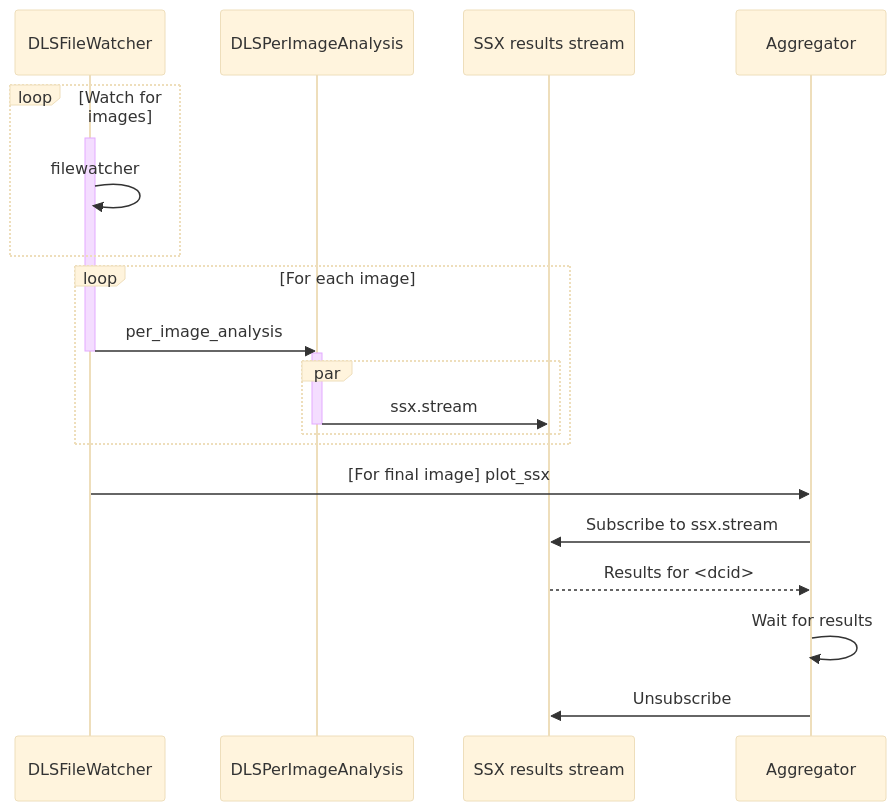
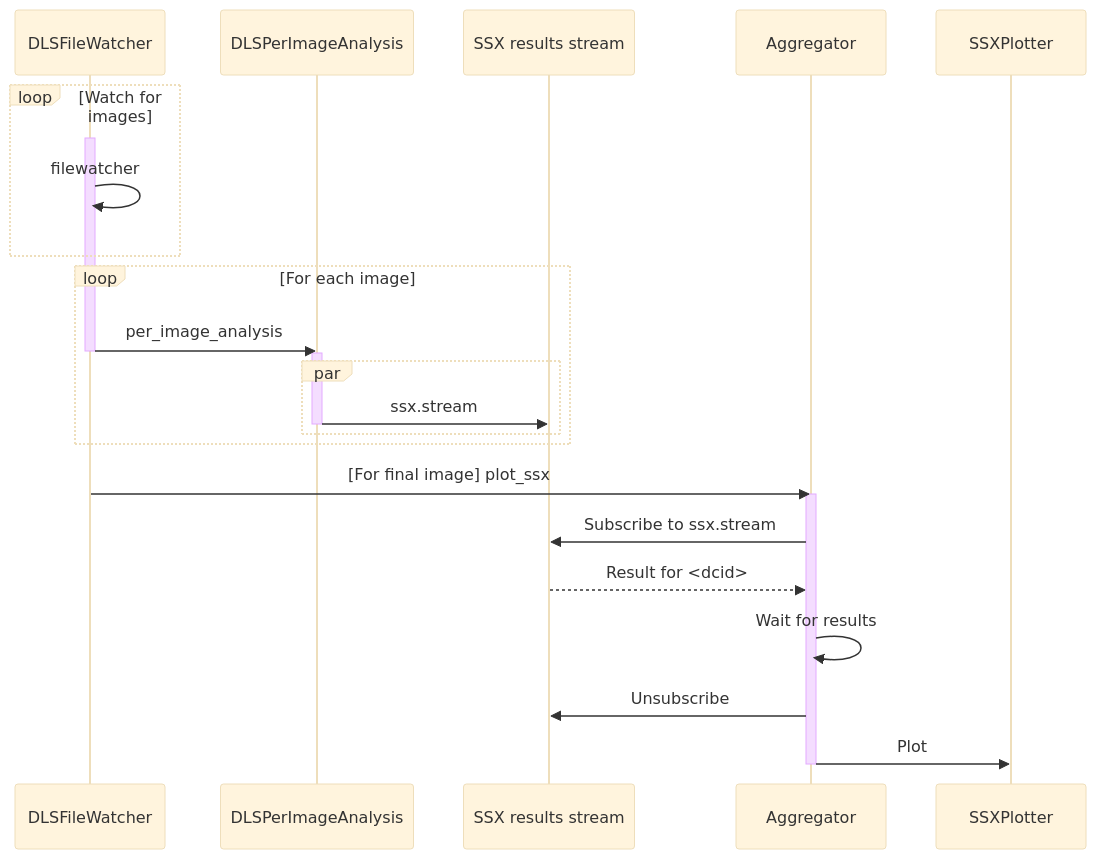
One commit to DiamondLightSource/python-dlstbx changed the diagram in doc/decisions/0001-ssx-result-aggregation.md. Above: the diagram before and after it, drawn with Mermaid (base theme). The commit also changed 3 other files, not shown here.

````diff
--- a/doc/decisions/0001-ssx-result-aggregation.md
+++ b/doc/decisions/0001-ssx-result-aggregation.md
@@ -79,25 +79,29 @@
 ```mermaid
 sequenceDiagram
     participant fw as DLSFileWatcher
     participant pia as DLSPerImageAnalysis
     participant stream as SSX results stream
     participant agg as Aggregator
+    participant plot as SSXPlotter
     loop Watch for images
         activate fw
         fw->>fw: filewatcher
     end
     loop For each image
         fw->>pia: per_image_analysis
         deactivate fw
         activate pia
         par
             pia->>stream: ssx.stream
             deactivate pia
         end
     end
     fw->>agg: [For final image] plot_ssx
+    activate agg
     agg->>stream: Subscribe to ssx.stream
-    stream-->>agg: Results for <dcid>
+    stream-->>agg: Result for <dcid>
     agg->>agg: Wait for results
     agg->>stream: Unsubscribe
+    agg->>plot: Plot
+    deactivate agg
 ```
````
